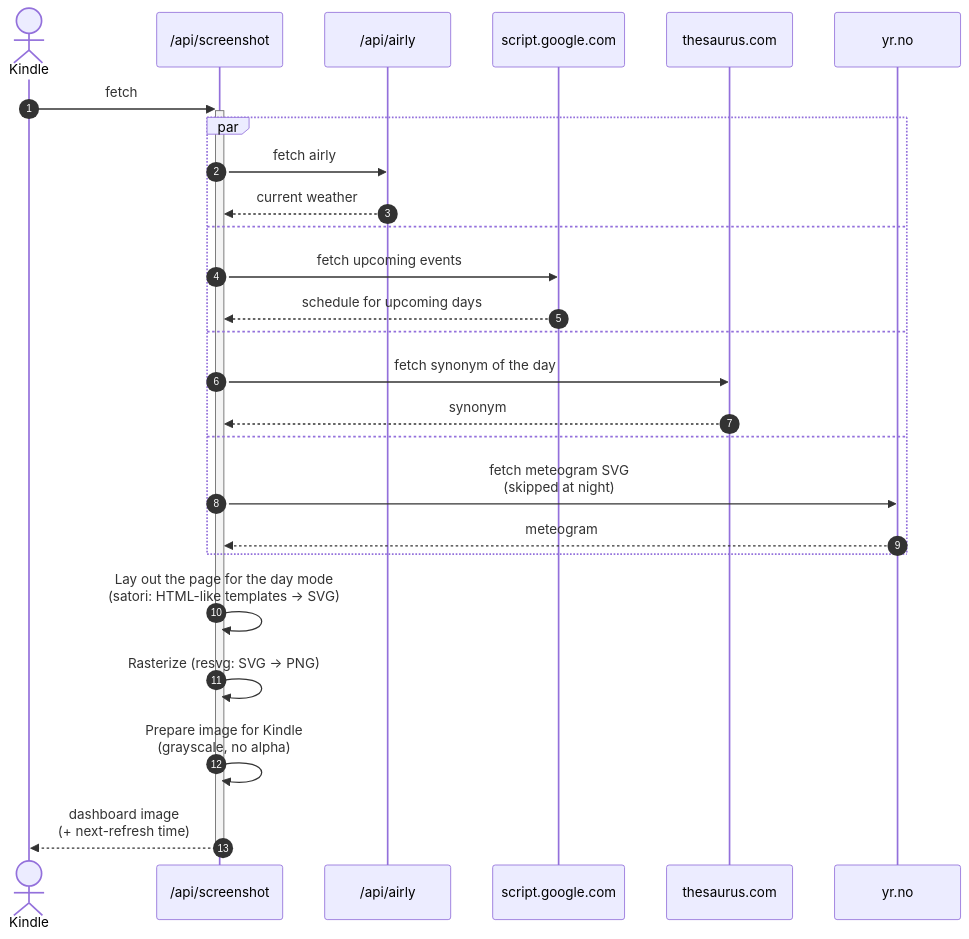
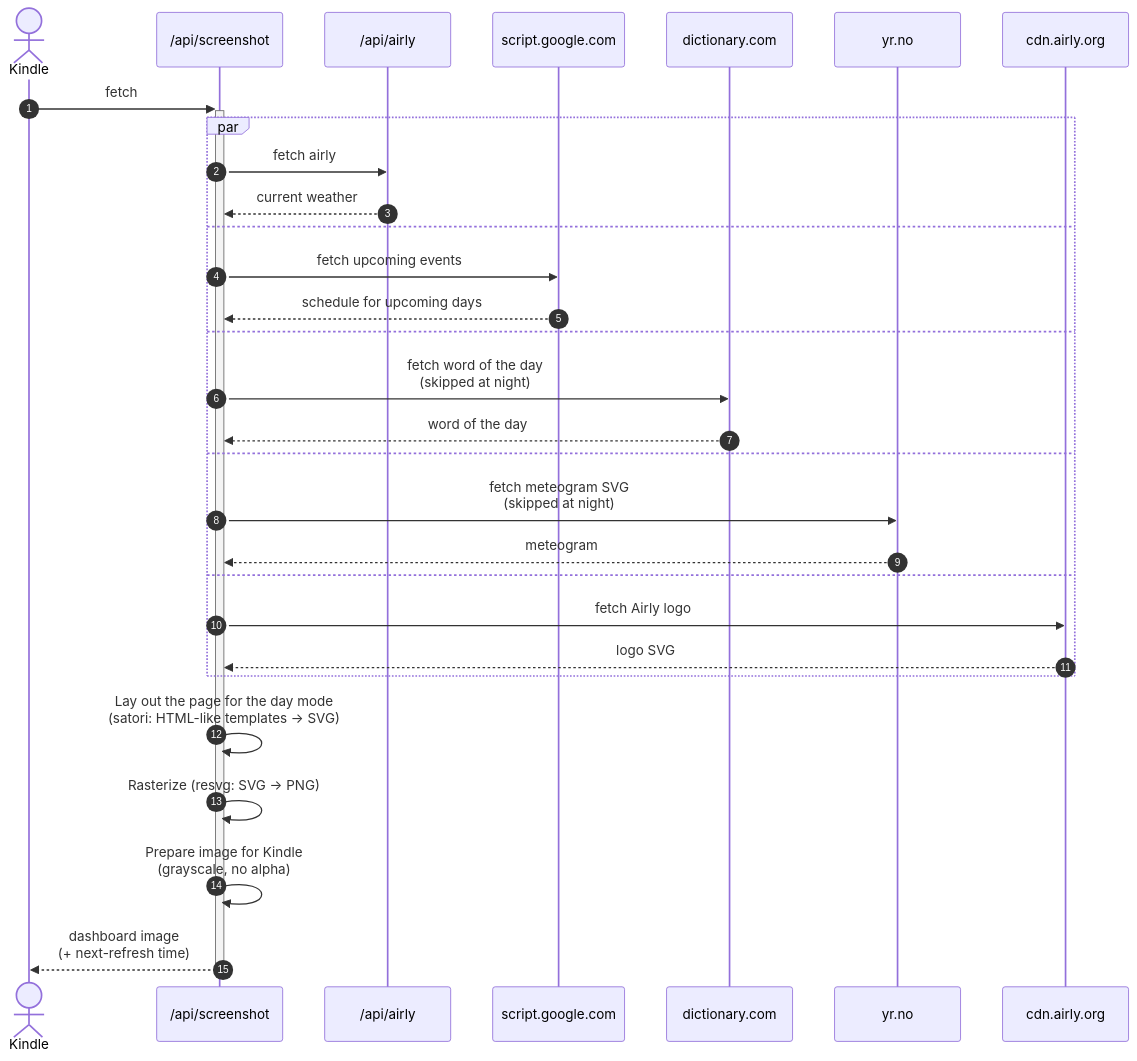
Before and after one commit to bukowskiadam/kindle-page: the diagram in README.md, drawn with Mermaid. The commit also changed other lines of this file, not shown here.

Commit message:
docs: fix outdated README statements
Remove the upside-down note (rotation is off), describe npm start and
npm run screenshot data sources, and correct the flow diagram:
the word of the day comes from dictionary.com and is skipped at night,
the Airly logo is fetched from cdn.airly.org.

````diff
--- a/README.md
+++ b/README.md
@@ -29,28 +29,32 @@
 ```mermaid
 sequenceDiagram
     autonumber
     actor kindle as Kindle
     participant screenshot as /api/screenshot
     participant airly as /api/airly
     participant calendar as script.google.com
-    participant thesaurus as thesaurus.com
+    participant dictionary as dictionary.com
     participant yr as yr.no
+    participant cdn as cdn.airly.org
     kindle ->>+ screenshot: fetch
     par
         screenshot ->> airly: fetch airly
         airly -->> screenshot: current weather
     and
         screenshot ->> calendar: fetch upcoming events
         calendar -->> screenshot: schedule for upcoming days
     and
-        screenshot ->> thesaurus: fetch synonym of the day
-        thesaurus -->> screenshot: synonym
+        screenshot ->> dictionary: fetch word of the day<br>(skipped at night)
+        dictionary -->> screenshot: word of the day
     and
         screenshot ->> yr: fetch meteogram SVG<br>(skipped at night)
         yr -->> screenshot: meteogram
+    and
+        screenshot ->> cdn: fetch Airly logo
+        cdn -->> screenshot: logo SVG
     end
     screenshot ->> screenshot: Lay out the page for the day mode<br>(satori: HTML-like templates -> SVG)
     screenshot ->> screenshot: Rasterize (resvg: SVG -> PNG)
     screenshot ->> screenshot: Prepare image for Kindle<br>(grayscale, no alpha)
     screenshot -->>- kindle: dashboard image<br>(+ next-refresh time)
 ```
````
